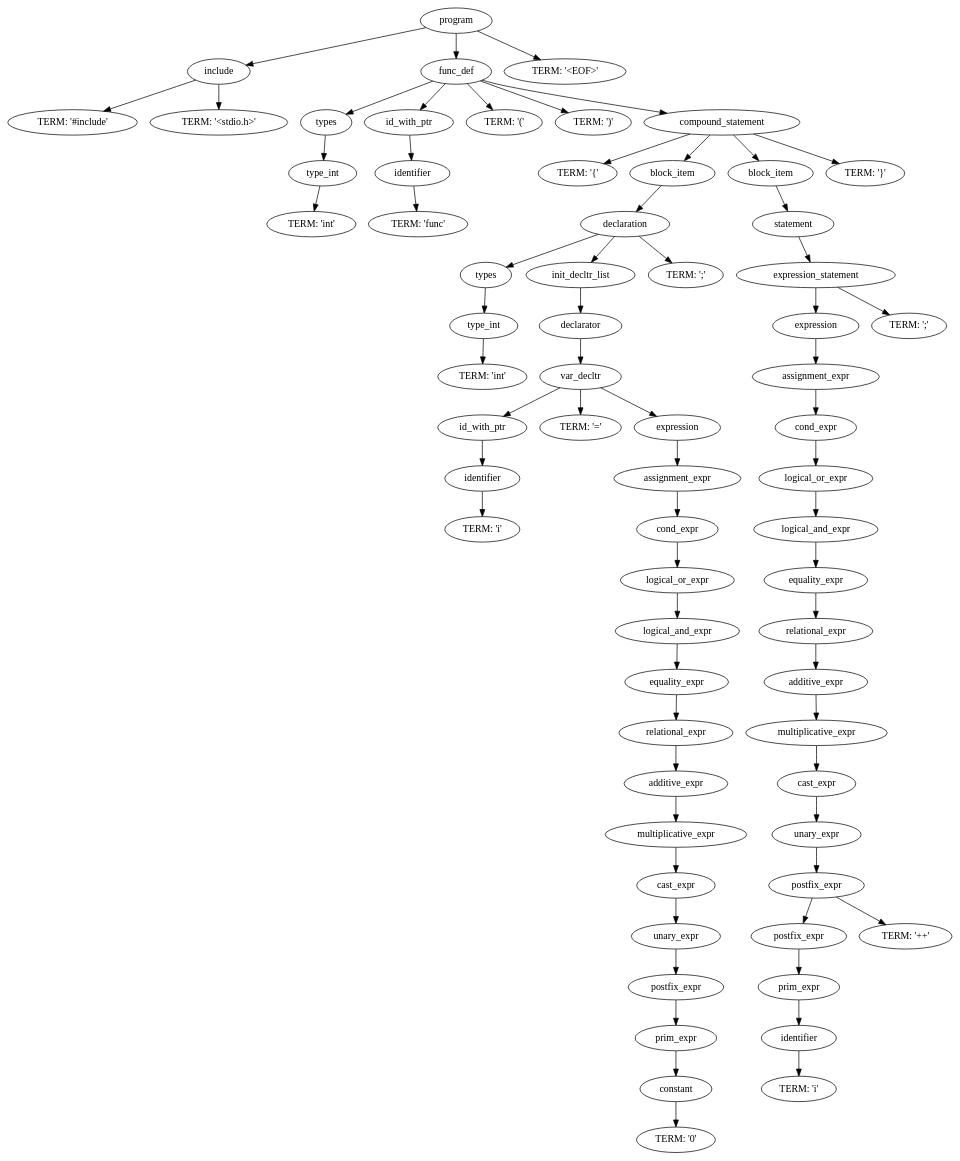
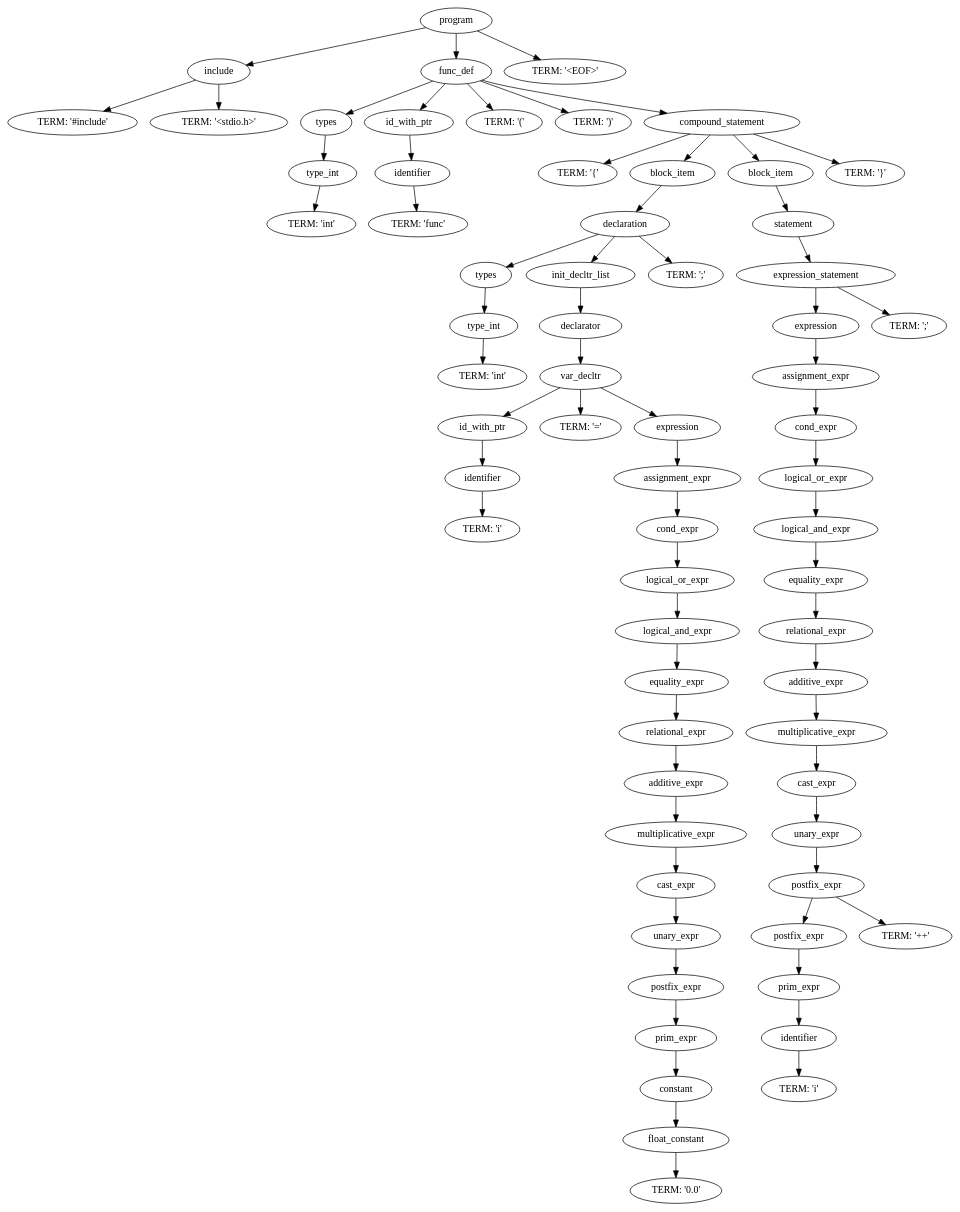
One commit to DeSchepperCedric/C-Compiler changed the diagram in output.dot. Above: the diagram before and after it, drawn with Graphviz. The commit also changed 5 other files, not shown here.

```diff
--- a/output.dot
+++ b/output.dot
@@ -1,133 +1,135 @@
 digraph G {
 	0 [label="program"];
 	0 -> 1;
 	1 [label="include"];
 	1 -> 2;
 	2 [label="TERM: '#include'"];
 	1 -> 3;
 	3 [label="TERM: '<stdio.h>'"];
 	0 -> 4;
 	4 [label="func_def"];
 	4 -> 5;
 	5 [label="types"];
 	5 -> 6;
 	6 [label="type_int"];
 	6 -> 7;
 	7 [label="TERM: 'int'"];
 	4 -> 8;
 	8 [label="id_with_ptr"];
 	8 -> 9;
 	9 [label="identifier"];
 	9 -> 10;
 	10 [label="TERM: 'func'"];
 	4 -> 11;
 	11 [label="TERM: '('"];
 	4 -> 12;
 	12 [label="TERM: ')'"];
 	4 -> 13;
 	13 [label="compound_statement"];
 	13 -> 14;
 	14 [label="TERM: '{'"];
 	13 -> 15;
 	15 [label="block_item"];
 	15 -> 16;
 	16 [label="declaration"];
 	16 -> 17;
 	17 [label="types"];
 	17 -> 18;
 	18 [label="type_int"];
 	18 -> 19;
 	19 [label="TERM: 'int'"];
 	16 -> 20;
 	20 [label="init_decltr_list"];
 	20 -> 21;
 	21 [label="declarator"];
 	21 -> 22;
 	22 [label="var_decltr"];
 	22 -> 23;
 	23 [label="id_with_ptr"];
 	23 -> 24;
 	24 [label="identifier"];
 	24 -> 25;
 	25 [label="TERM: 'i'"];
 	22 -> 26;
 	26 [label="TERM: '='"];
 	22 -> 27;
 	27 [label="expression"];
 	27 -> 28;
 	28 [label="assignment_expr"];
 	28 -> 29;
 	29 [label="cond_expr"];
 	29 -> 30;
 	30 [label="logical_or_expr"];
 	30 -> 31;
 	31 [label="logical_and_expr"];
 	31 -> 32;
 	32 [label="equality_expr"];
 	32 -> 33;
 	33 [label="relational_expr"];
 	33 -> 34;
 	34 [label="additive_expr"];
 	34 -> 35;
 	35 [label="multiplicative_expr"];
 	35 -> 36;
 	36 [label="cast_expr"];
 	36 -> 37;
 	37 [label="unary_expr"];
 	37 -> 38;
 	38 [label="postfix_expr"];
 	38 -> 39;
 	39 [label="prim_expr"];
 	39 -> 40;
 	40 [label="constant"];
 	40 -> 41;
-	41 [label="TERM: '0'"];
-	16 -> 42;
-	42 [label="TERM: ';'"];
-	13 -> 43;
-	43 [label="block_item"];
-	43 -> 44;
-	44 [label="statement"];
+	41 [label="float_constant"];
+	41 -> 42;
+	42 [label="TERM: '0.0'"];
+	16 -> 43;
+	43 [label="TERM: ';'"];
+	13 -> 44;
+	44 [label="block_item"];
 	44 -> 45;
-	45 [label="expression_statement"];
+	45 [label="statement"];
 	45 -> 46;
-	46 [label="expression"];
+	46 [label="expression_statement"];
 	46 -> 47;
-	47 [label="assignment_expr"];
+	47 [label="expression"];
 	47 -> 48;
-	48 [label="cond_expr"];
+	48 [label="assignment_expr"];
 	48 -> 49;
-	49 [label="logical_or_expr"];
+	49 [label="cond_expr"];
 	49 -> 50;
-	50 [label="logical_and_expr"];
+	50 [label="logical_or_expr"];
 	50 -> 51;
-	51 [label="equality_expr"];
+	51 [label="logical_and_expr"];
 	51 -> 52;
-	52 [label="relational_expr"];
+	52 [label="equality_expr"];
 	52 -> 53;
-	53 [label="additive_expr"];
+	53 [label="relational_expr"];
 	53 -> 54;
-	54 [label="multiplicative_expr"];
+	54 [label="additive_expr"];
 	54 -> 55;
-	55 [label="cast_expr"];
+	55 [label="multiplicative_expr"];
 	55 -> 56;
-	56 [label="unary_expr"];
+	56 [label="cast_expr"];
 	56 -> 57;
-	57 [label="postfix_expr"];
+	57 [label="unary_expr"];
 	57 -> 58;
 	58 [label="postfix_expr"];
 	58 -> 59;
-	59 [label="prim_expr"];
+	59 [label="postfix_expr"];
 	59 -> 60;
-	60 [label="identifier"];
+	60 [label="prim_expr"];
 	60 -> 61;
-	61 [label="TERM: 'i'"];
-	57 -> 62;
-	62 [label="TERM: '++'"];
-	45 -> 63;
-	63 [label="TERM: ';'"];
-	13 -> 64;
-	64 [label="TERM: '}'"];
-	0 -> 65;
-	65 [label="TERM: '<EOF>'"];
+	61 [label="identifier"];
+	61 -> 62;
+	62 [label="TERM: 'i'"];
+	58 -> 63;
+	63 [label="TERM: '++'"];
+	46 -> 64;
+	64 [label="TERM: ';'"];
+	13 -> 65;
+	65 [label="TERM: '}'"];
+	0 -> 66;
+	66 [label="TERM: '<EOF>'"];
 }
```
